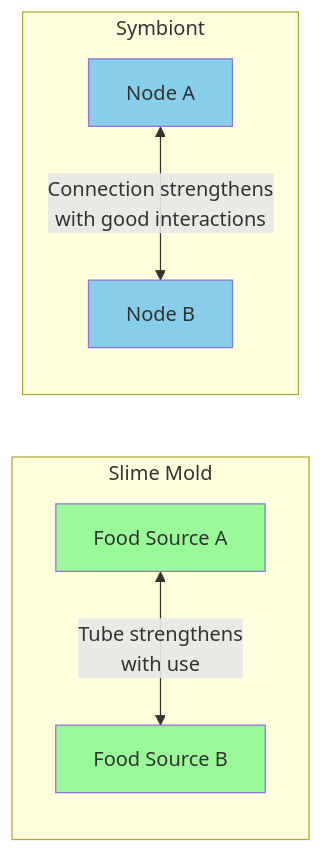
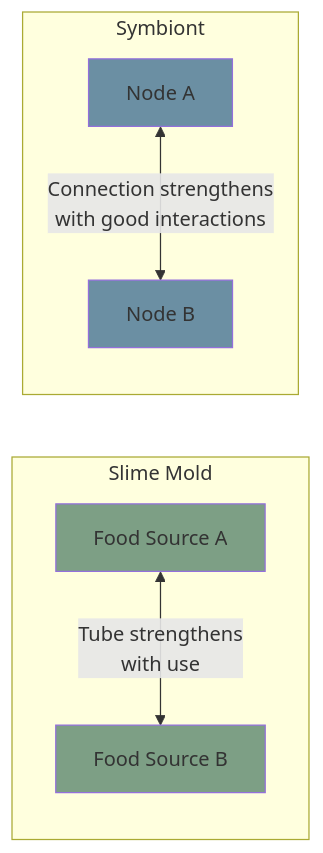
The second of 5 diagrams in docs/concepts/introduction.md (ScopeCreep-zip/Symbiont), drawn with Mermaid before and after one commit. The commit also changed other lines of this file and 17 other files, not shown here.

Commit message:
update to diagram colors

````diff
--- a/docs/concepts/introduction.md
+++ b/docs/concepts/introduction.md
@@ -98,15 +98,15 @@
 ```mermaid
 flowchart LR
     subgraph "Slime Mold"
         F1[Food Source A] <-->|Tube strengthens<br/>with use| F2[Food Source B]
     end
 
     subgraph "Symbiont"
         N1[Node A] <-->|Connection strengthens<br/>with good interactions| N2[Node B]
     end
 
-    style F1 fill:#98FB98
-    style F2 fill:#98FB98
-    style N1 fill:#87CEEB
-    style N2 fill:#87CEEB
+    style F1 fill:#7d9f85
+    style F2 fill:#7d9f85
+    style N1 fill:#6b8fa3
+    style N2 fill:#6b8fa3
 ```
````
